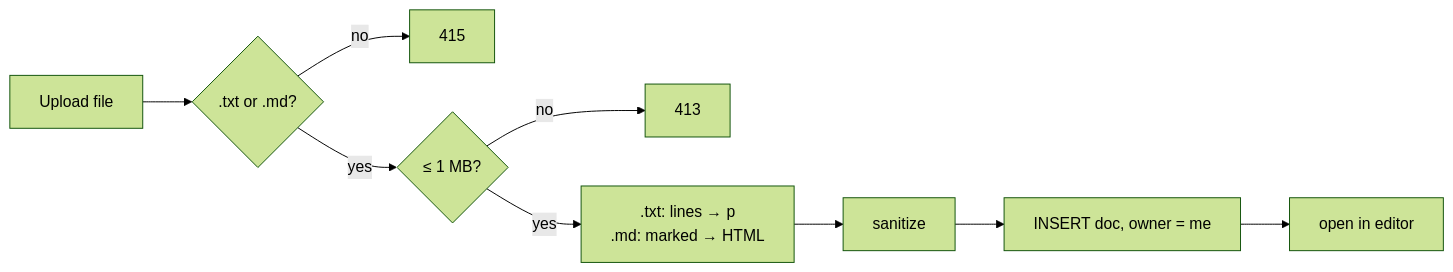
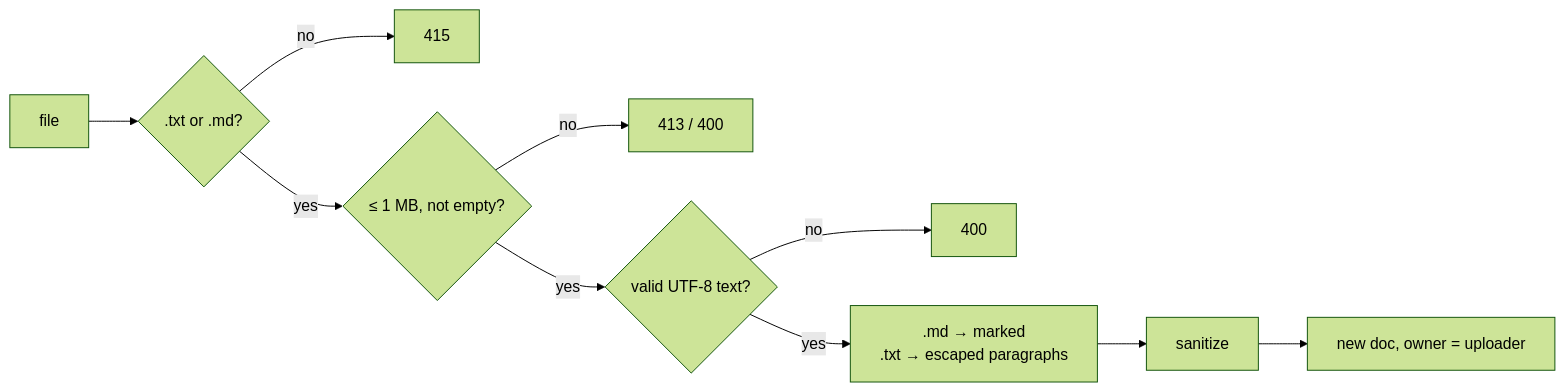
Before and after one commit to motolomibay/ajaia-docs: the fifth of 5 diagrams in ARCHITECTURE.md, drawn with Mermaid (forest theme). The commit also changed other lines of this file and 17 other files, not shown here.

Commit message:
Write-ups: README, final architecture, AI workflow, submission, screenshots, sample files

````diff
--- a/ARCHITECTURE.md
+++ b/ARCHITECTURE.md
@@ -222,9 +200,11 @@
 ```mermaid
 flowchart LR
-  U[Upload file] --> X{.txt or .md?}
+  U[file] --> X{.txt or .md?}
   X -- no --> E415[415]
-  X -- yes --> S{≤ 1 MB?}
-  S -- no --> E413[413]
-  S -- yes --> P[.txt: lines → p<br/>.md: marked → HTML]
-  P --> Z[sanitize] --> I[INSERT doc, owner = me] --> O[open in editor]
+  X -- yes --> S{≤ 1 MB, not empty?}
+  S -- no --> E413[413 / 400]
+  S -- yes --> T{valid UTF-8 text?}
+  T -- no --> E400[400]
+  T -- yes --> P[.md → marked<br/>.txt → escaped paragraphs]
+  P --> Z[sanitize] --> I[new doc, owner = uploader]
 ```
````
